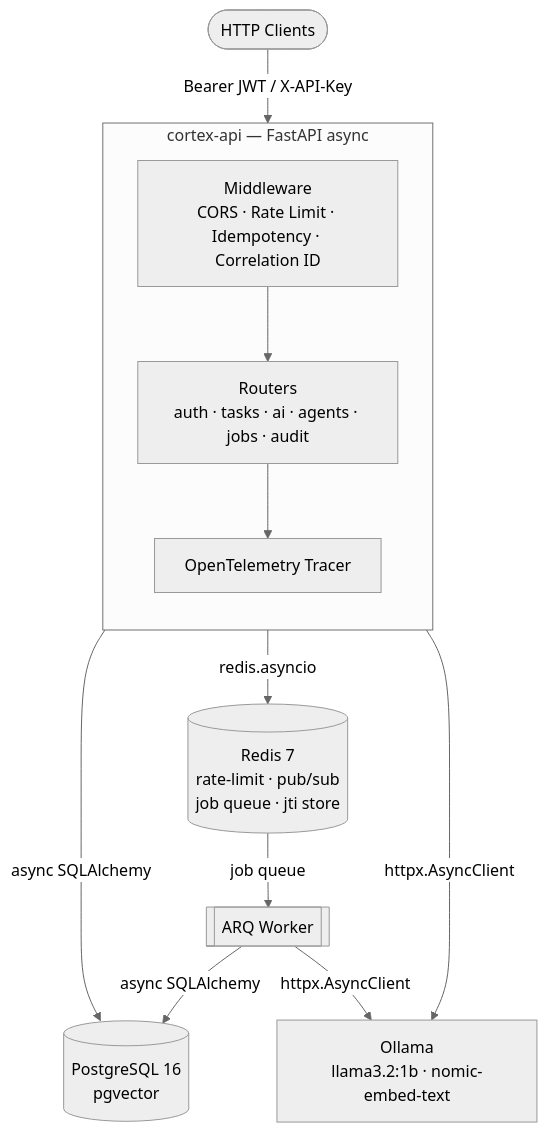
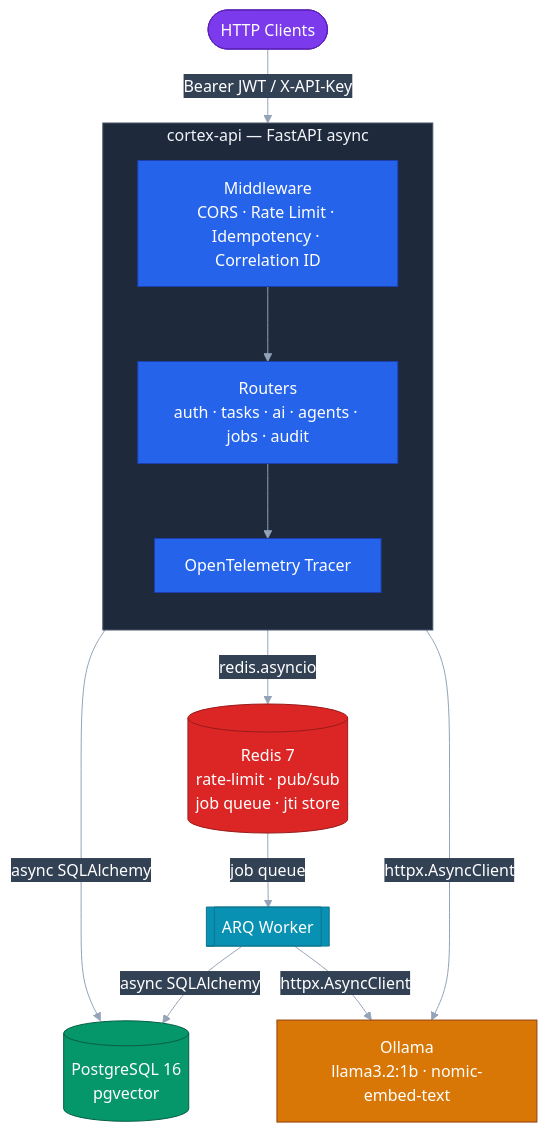
The first of 7 diagrams in README.md (adwibha/cortex-api), drawn with Mermaid before and after one commit. The commit also changed other lines of this file and 1 other file, not shown here.

First line of the commit message:
docs: colorful Mermaid diagrams, honest conclusion, and MIT license

````diff
--- a/README.md
+++ b/README.md
@@ -36,26 +38,40 @@
 ```mermaid
-%%{init: {'theme': 'neutral'}}%%
+%%{init: {'theme': 'base', 'themeVariables': {'primaryColor': '#2563eb', 'primaryTextColor': '#ffffff', 'primaryBorderColor': '#1e40af', 'lineColor': '#94a3b8', 'clusterBkg': '#1e293b', 'clusterBorder': '#475569', 'titleColor': '#f1f5f9', 'edgeLabelBackground': '#334155'}}}%%
 flowchart TD
     Client(["HTTP Clients"])
 
     subgraph api["cortex-api — FastAPI async"]
         direction TB
         MW["Middleware\nCORS · Rate Limit · Idempotency · Correlation ID"]
         RT["Routers\nauth · tasks · ai · agents · jobs · audit"]
         OT["OpenTelemetry Tracer"]
         MW --> RT --> OT
     end
 
     PG[("PostgreSQL 16\npgvector")]
     RD[("Redis 7\nrate-limit · pub/sub\njob queue · jti store")]
     OL["Ollama\nllama3.2:1b · nomic-embed-text"]
     WK[["ARQ Worker"]]
 
     Client -->|"Bearer JWT / X-API-Key"| MW
     RT -->|"async SQLAlchemy"| PG
     RT -->|"redis.asyncio"| RD
     RT -->|"httpx.AsyncClient"| OL
     RD -->|"job queue"| WK
     WK -->|"async SQLAlchemy"| PG
     WK -->|"httpx.AsyncClient"| OL
+
+    classDef client  fill:#7c3aed,stroke:#5b21b6,color:#fff
+    classDef apinode fill:#2563eb,stroke:#1e40af,color:#fff
+    classDef db      fill:#059669,stroke:#065f46,color:#fff
+    classDef cache   fill:#dc2626,stroke:#991b1b,color:#fff
+    classDef llm     fill:#d97706,stroke:#92400e,color:#fff
+    classDef worker  fill:#0891b2,stroke:#0e7490,color:#fff
+
+    class Client client
+    class MW,RT,OT apinode
+    class PG db
+    class RD cache
+    class OL llm
+    class WK worker
 ```
````
